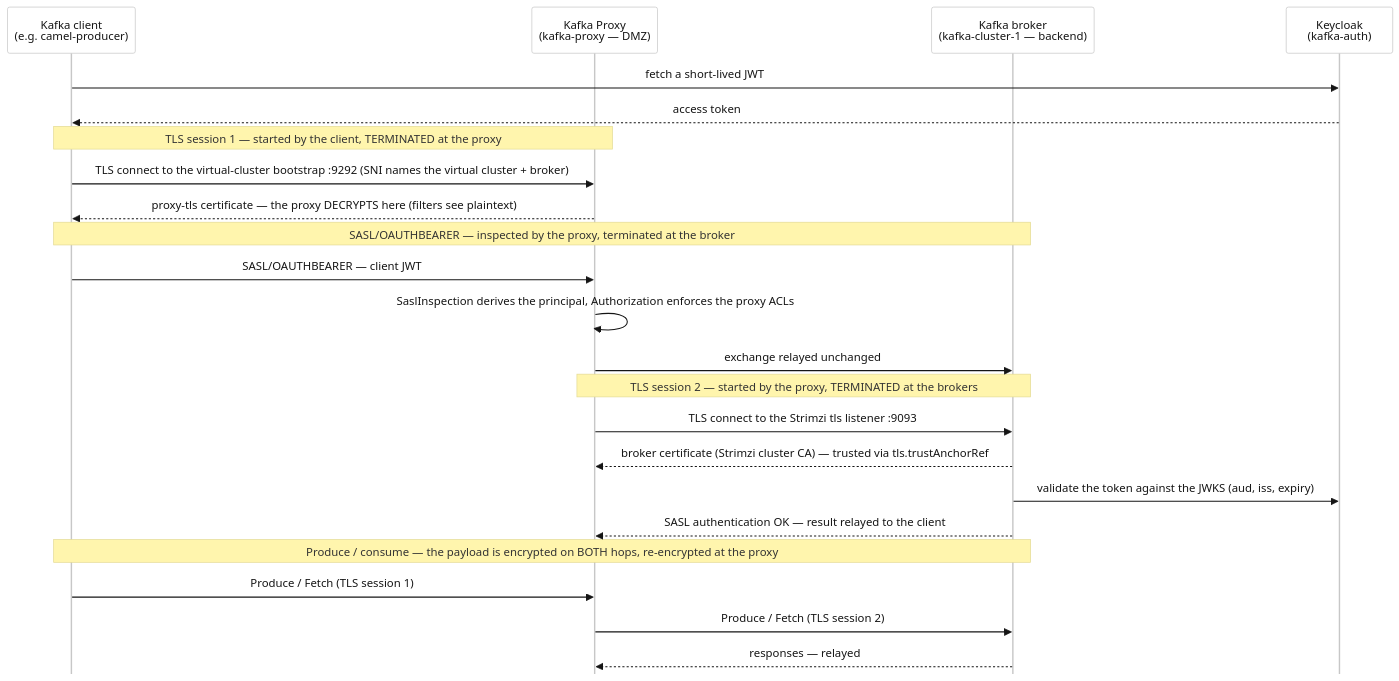
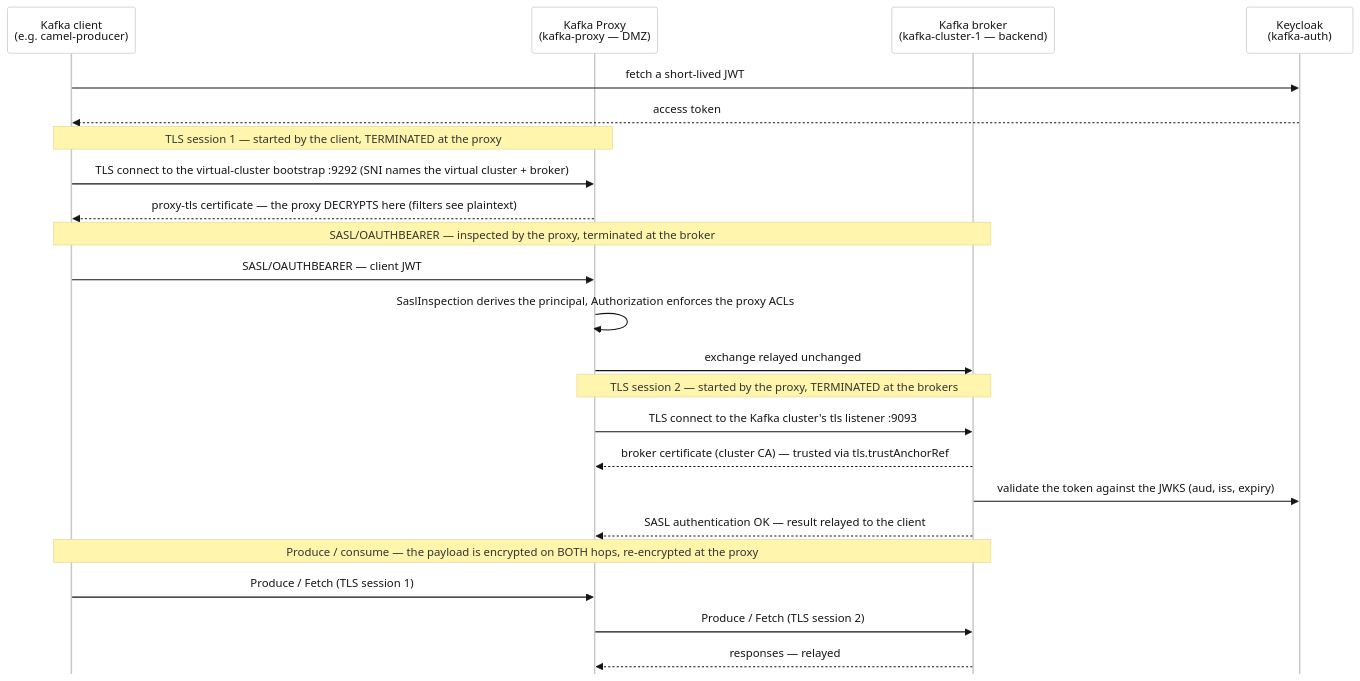
Before and after one commit to jcordes73/kafka-proxy-use-cases: the fourth of 10 diagrams in README.md, drawn with Mermaid. The commit also changed other lines of this file and 36 other files, not shown here.

Commit message:
Added more dashboards, fixed Kafka Console authentication, added more diagrams and reordered sections.

````diff
--- a/README.md
+++ b/README.md
@@ -154,31 +184,31 @@
 ```mermaid
 %%{init: {"theme":"base","themeVariables":{"fontFamily":"Red Hat Text, Red Hat Display, sans-serif","primaryColor":"#FFFFFF","primaryTextColor":"#151515","primaryBorderColor":"#C7C7C7","lineColor":"#4D4D4D","secondaryColor":"#F2F2F2","tertiaryColor":"#F2F2F2","clusterBkg":"#F2F2F2","clusterBorder":"#C7C7C7","edgeLabelBackground":"#FFFFFF","titleColor":"#151515"},"sequence":{"messageMargin":12,"noteMargin":5,"boxMargin":5,"boxTextMargin":3,"bottomMarginAdj":1,"mirrorActors":false}}}%%
 sequenceDiagram
     participant C as Kafka client<br/>(e.g. camel-producer)
     participant P as Kafka Proxy<br/>(kafka-proxy — DMZ)
     participant B as Kafka broker<br/>(kafka-cluster-1 — backend)
     participant K as Keycloak<br/>(kafka-auth)
 
     C->>K: fetch a short-lived JWT
     K-->>C: access token
 
     Note over C,P: TLS session 1 — started by the client, TERMINATED at the proxy
     C->>P: TLS connect to the virtual-cluster bootstrap :9292 (SNI names the virtual cluster + broker)
     P-->>C: proxy-tls certificate — the proxy DECRYPTS here (filters see plaintext)
 
     Note over C,B: SASL/OAUTHBEARER — inspected by the proxy, terminated at the broker
     C->>P: SASL/OAUTHBEARER — client JWT
     P->>P: SaslInspection derives the principal, Authorization enforces the proxy ACLs
     P->>B: exchange relayed unchanged
 
     Note over P,B: TLS session 2 — started by the proxy, TERMINATED at the brokers
-    P->>B: TLS connect to the Strimzi tls listener :9093
-    B-->>P: broker certificate (Strimzi cluster CA) — trusted via tls.trustAnchorRef
+    P->>B: TLS connect to the Kafka cluster's tls listener :9093
+    B-->>P: broker certificate (cluster CA) — trusted via tls.trustAnchorRef
     B->>K: validate the token against the JWKS (aud, iss, expiry)
     B-->>P: SASL authentication OK — result relayed to the client
 
     Note over C,B: Produce / consume — the payload is encrypted on BOTH hops, re-encrypted at the proxy
     C->>P: Produce / Fetch (TLS session 1)
     P->>B: Produce / Fetch (TLS session 2)
     B-->>P: responses — relayed
 ```
````
